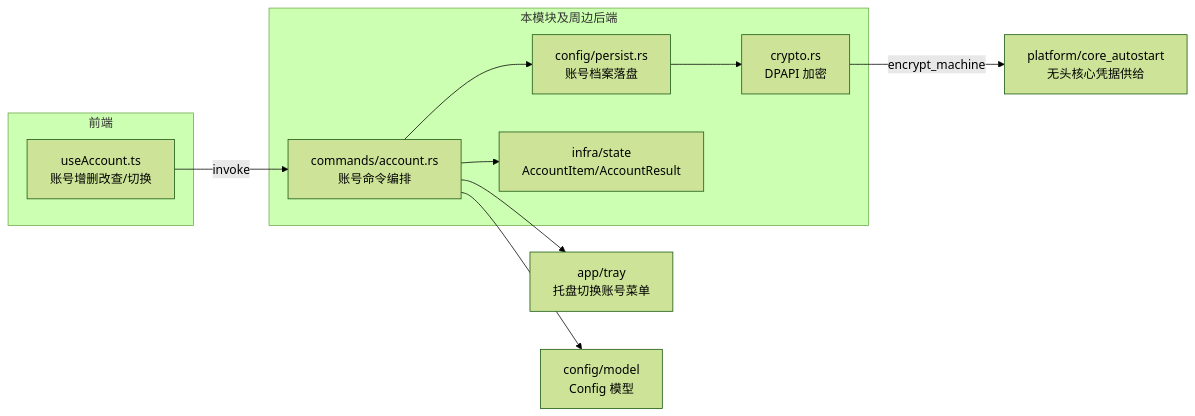
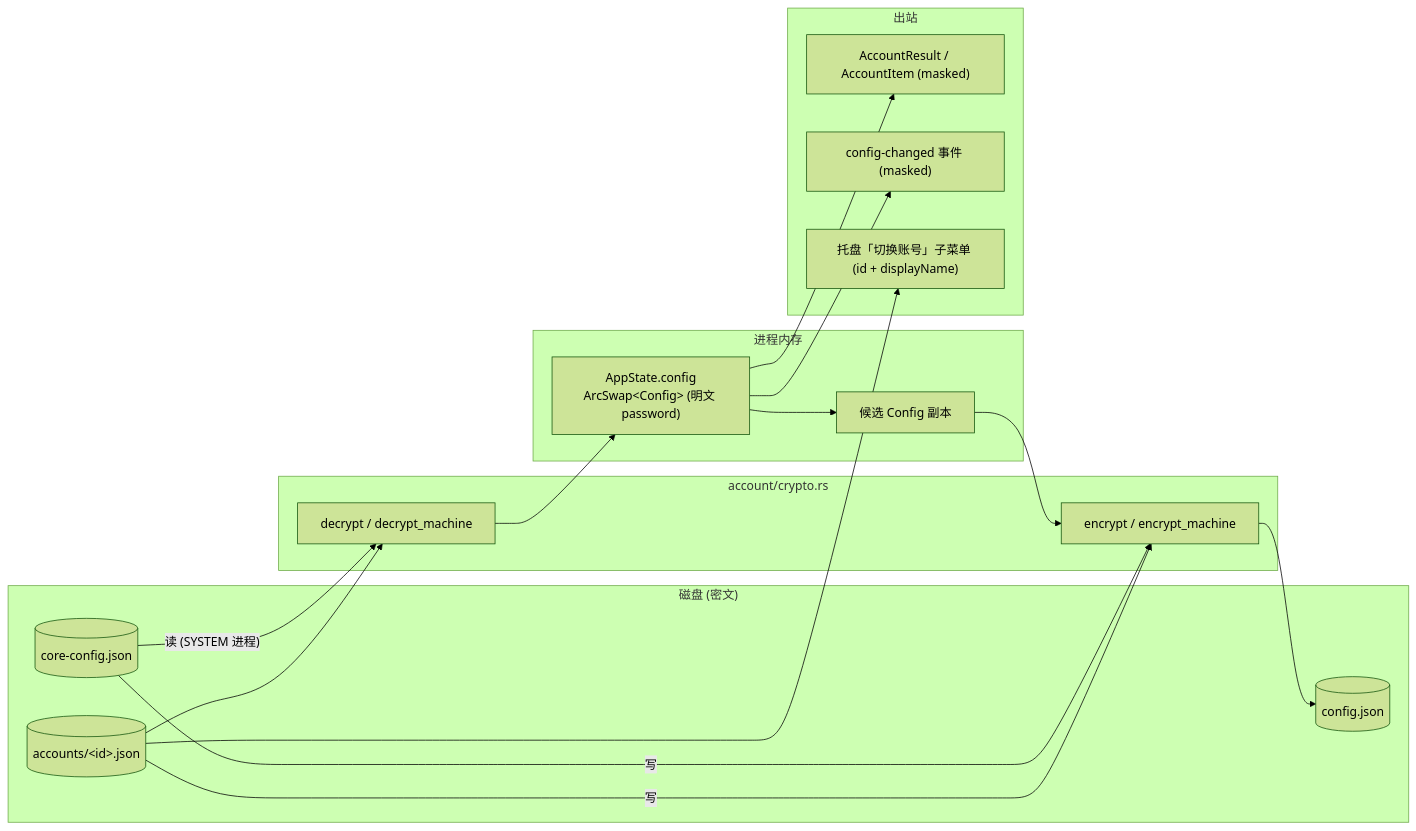
Before and after one commit to ikliml666/Wxxy-CampusLogin: the sixth of 6 diagrams in .codewiki/modules/desktop-backend-account-management.md, drawn with Mermaid (forest theme). The commit also changed other lines of this file and 15 other files, not shown here.

````diff
--- a/.codewiki/modules/desktop-backend-account-management.md
+++ b/.codewiki/modules/desktop-backend-account-management.md
@@ -251,24 +522,31 @@
 ```mermaid
 flowchart LR
-    subgraph FE["前端"]
-        UAC["useAccount.ts<br/>账号增删改查/切换"]
-    end
+  subgraph Memory["进程内存"]
+    ArcSwap["AppState.config<br/>ArcSwap&lt;Config&gt; (明文 password)"]
+    Candidate["候选 Config 副本"]
+  end
+  subgraph CryptoLayer["account/crypto.rs"]
+    E["encrypt / encrypt_machine"]
+    D["decrypt / decrypt_machine"]
+  end
+  subgraph Storage["磁盘 (密文)"]
+    MainCfg[("config.json")]
+    AccDir[("accounts/&lt;id&gt;.json")]
+    CoreCfg[("core-config.json")]
+  end
+  subgraph Outbound["出站"]
+    IPC["AccountResult / AccountItem (masked)"]
+    Event["config-changed 事件 (masked)"]
+    TrayMenu["托盘「切换账号」子菜单 (id + displayName)"]
+  end
 
-    subgraph BE["本模块及周边后端"]
-        CR["crypto.rs<br/>DPAPI 加密"]
-        PERS["config/persist.rs<br/>账号档案落盘"]
-        CMD["commands/account.rs<br/>账号命令编排"]
-        STATE["infra/state<br/>AccountItem/AccountResult"]
-    end
-
-    CORE["platform/core_autostart<br/>无头核心凭据供给"]
-    TR["app/tray<br/>托盘切换账号菜单"]
-    CONFIG["config/model<br/>Config 模型"]
-
-    UAC -->|"invoke"| CMD
-    CMD --> PERS --> CR
-    CMD --> STATE
-    CMD --> TR
-    CMD --> CONFIG
-    CR -->|"encrypt_machine"| CORE
+  ArcSwap --> Candidate
+  Candidate --> E --> MainCfg
+  AccDir --> D --> ArcSwap
+  AccDir -- "写" --> E
+  CoreCfg -- "写" --> E
+  CoreCfg -- "读 (SYSTEM 进程)" --> D
+  ArcSwap --> IPC
+  ArcSwap --> Event
+  AccDir --> TrayMenu
 ```
````
